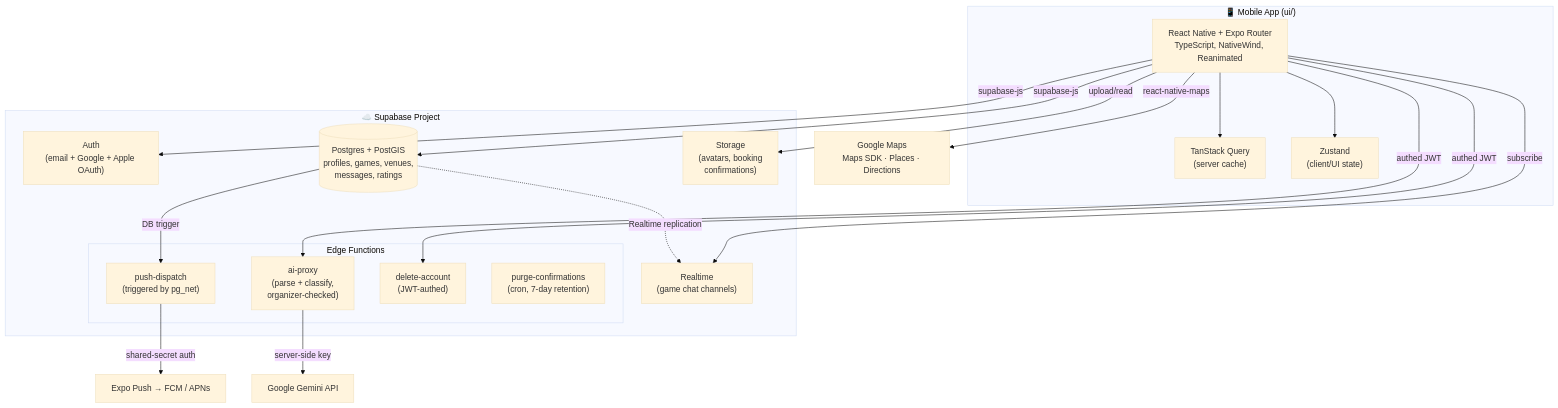
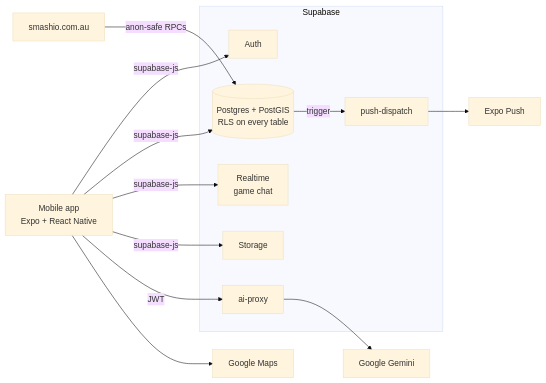
Before and after one commit to smashioapp/smashio-app: the diagram in README.md, drawn with Mermaid (base theme). The commit also changed other lines of this file and 2 other files, not shown here.

````diff
--- a/README.md
+++ b/README.md
@@ -13,38 +77,18 @@
 ```mermaid
-flowchart TB
-    subgraph Client["📱 Mobile App (ui/)"]
-        RN["React Native + Expo Router\nTypeScript, NativeWind, Reanimated"]
-        RQ["TanStack Query\n(server cache)"]
-        ZU["Zustand\n(client/UI state)"]
+flowchart LR
+    App["Mobile app<br/>Expo + React Native"]
+    subgraph Supabase
+        Auth
+        PG[("Postgres + PostGIS<br/>RLS on every table")]
+        RT["Realtime<br/>game chat"]
+        ST["Storage"]
+        AI["ai-proxy"]
+        PD["push-dispatch"]
     end
-
-    subgraph Supabase["☁️ Supabase Project"]
-        AUTH["Auth\n(email + Google + Apple OAuth)"]
-        PG[("Postgres + PostGIS\nprofiles, games, venues,\nmessages, ratings")]
-        RT["Realtime\n(game chat channels)"]
-        ST["Storage\n(avatars, booking\nconfirmations)"]
-        subgraph EdgeFn["Edge Functions"]
-            AIP["ai-proxy\n(parse + classify,\norganizer-checked)"]
-            PD["push-dispatch\n(triggered by pg_net)"]
-            DEL["delete-account\n(JWT-authed)"]
-            PC["purge-confirmations\n(cron, 7-day retention)"]
-        end
-    end
-
-    GEMINI["Google Gemini API"]
-    EXPUSH["Expo Push → FCM / APNs"]
-    GMAPS["Google Maps\nMaps SDK · Places · Directions"]
-
-    RN --> RQ & ZU
-    RN -->|"supabase-js"| AUTH
-    RN -->|"supabase-js"| PG
-    RN -->|"subscribe"| RT
-    RN -->|"upload/read"| ST
-    RN -->|"authed JWT"| AIP
-    RN -->|"authed JWT"| DEL
-    RN -->|"react-native-maps"| GMAPS
-    AIP -->|"server-side key"| GEMINI
-    PG -->|"DB trigger"| PD
-    PD -->|"shared-secret auth"| EXPUSH
-    PG -.->|"Realtime replication"| RT
+    App -->|supabase-js| Auth & PG & RT & ST
+    App -->|JWT| AI
+    AI --> Gemini["Google Gemini"]
+    PG -->|trigger| PD --> Push["Expo Push"]
+    App --> Maps["Google Maps"]
+    Web["smashio.com.au"] -->|anon-safe RPCs| PG
 ```
````
